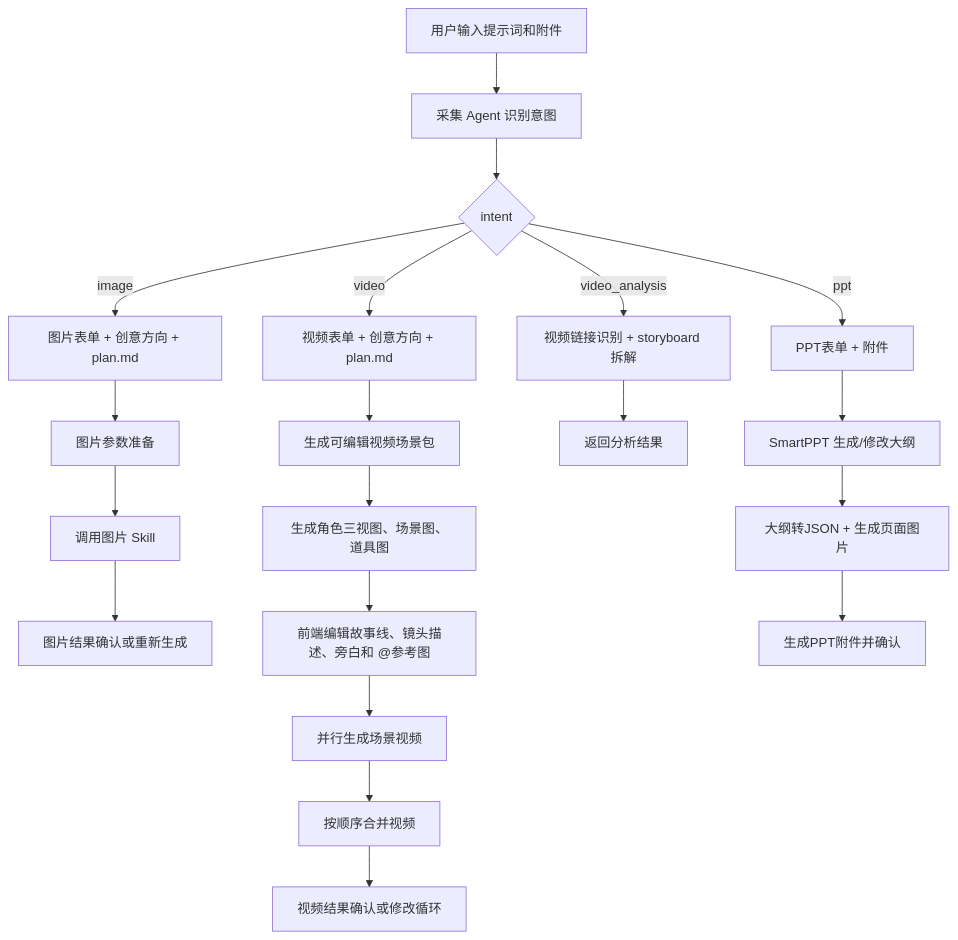
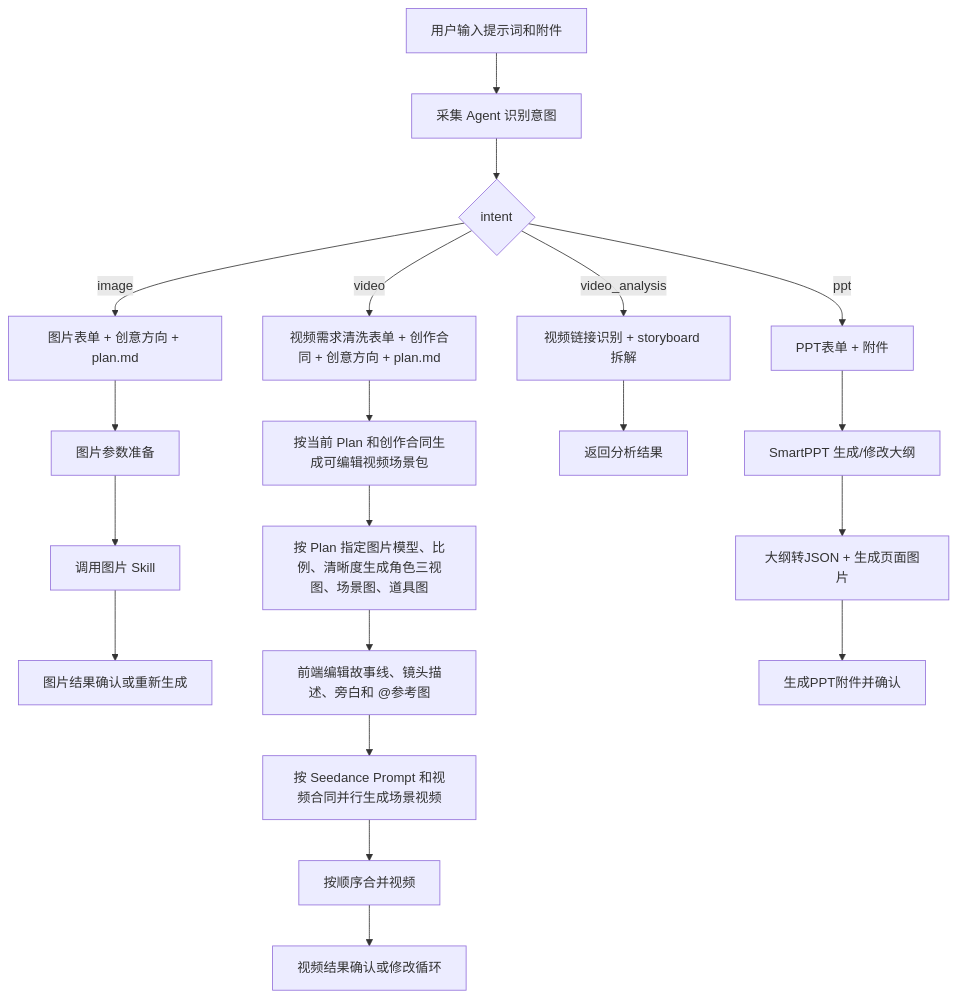
The second of 2 diagrams in README.md (joyslxd/pixelflow), drawn with Mermaid before and after one commit. The commit also changed other lines of this file and 3 other files, not shown here.

````diff
--- a/README.md
+++ b/README.md
@@ -74,22 +74,22 @@
 ```mermaid
 flowchart TD
   A["用户输入提示词和附件"] --> B["采集 Agent 识别意图"]
   B --> C{"intent"}
   C -->|"image"| D["图片表单 + 创意方向 + plan.md"]
-  C -->|"video"| E["视频表单 + 创意方向 + plan.md"]
+  C -->|"video"| E["视频需求清洗表单 + 创作合同 + 创意方向 + plan.md"]
   C -->|"video_analysis"| F["视频链接识别 + storyboard 拆解"]
   C -->|"ppt"| Q["PPT表单 + 附件"]
   D --> G["图片参数准备"]
   G --> H["调用图片 Skill"]
   H --> I["图片结果确认或重新生成"]
-  E --> J["生成可编辑视频场景包"]
-  J --> K["生成角色三视图、场景图、道具图"]
+  E --> J["按当前 Plan 和创作合同生成可编辑视频场景包"]
+  J --> K["按 Plan 指定图片模型、比例、清晰度生成角色三视图、场景图、道具图"]
   K --> L["前端编辑故事线、镜头描述、旁白和 @参考图"]
-  L --> M["并行生成场景视频"]
+  L --> M["按 Seedance Prompt 和视频合同并行生成场景视频"]
   M --> N["按顺序合并视频"]
   N --> O["视频结果确认或修改循环"]
   F --> P["返回分析结果"]
   Q --> R["SmartPPT 生成/修改大纲"]
   R --> S["大纲转JSON + 生成页面图片"]
   S --> T["生成PPT附件并确认"]
 ```
````
